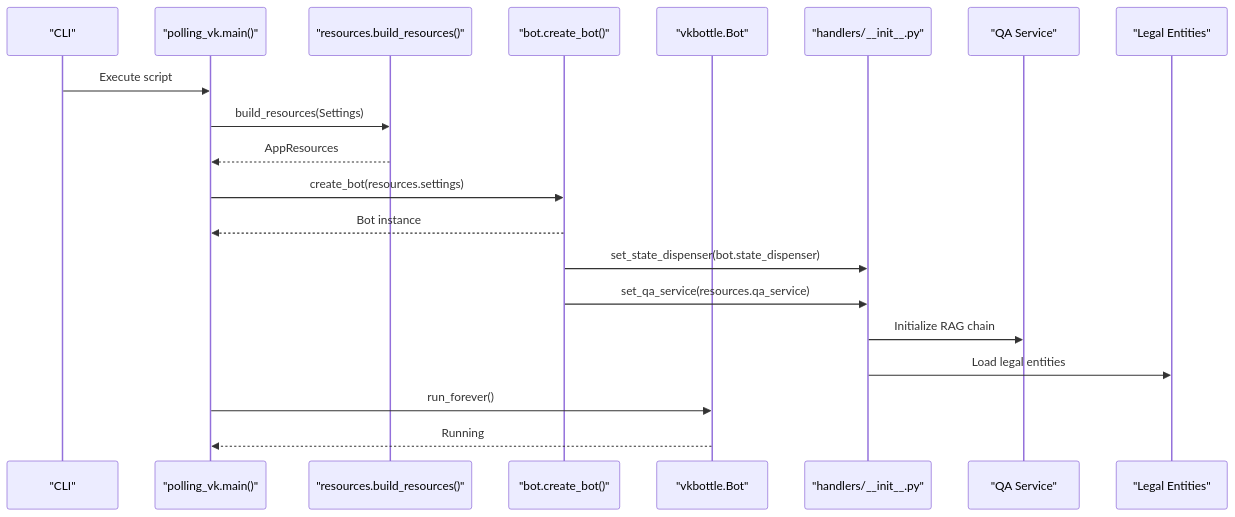
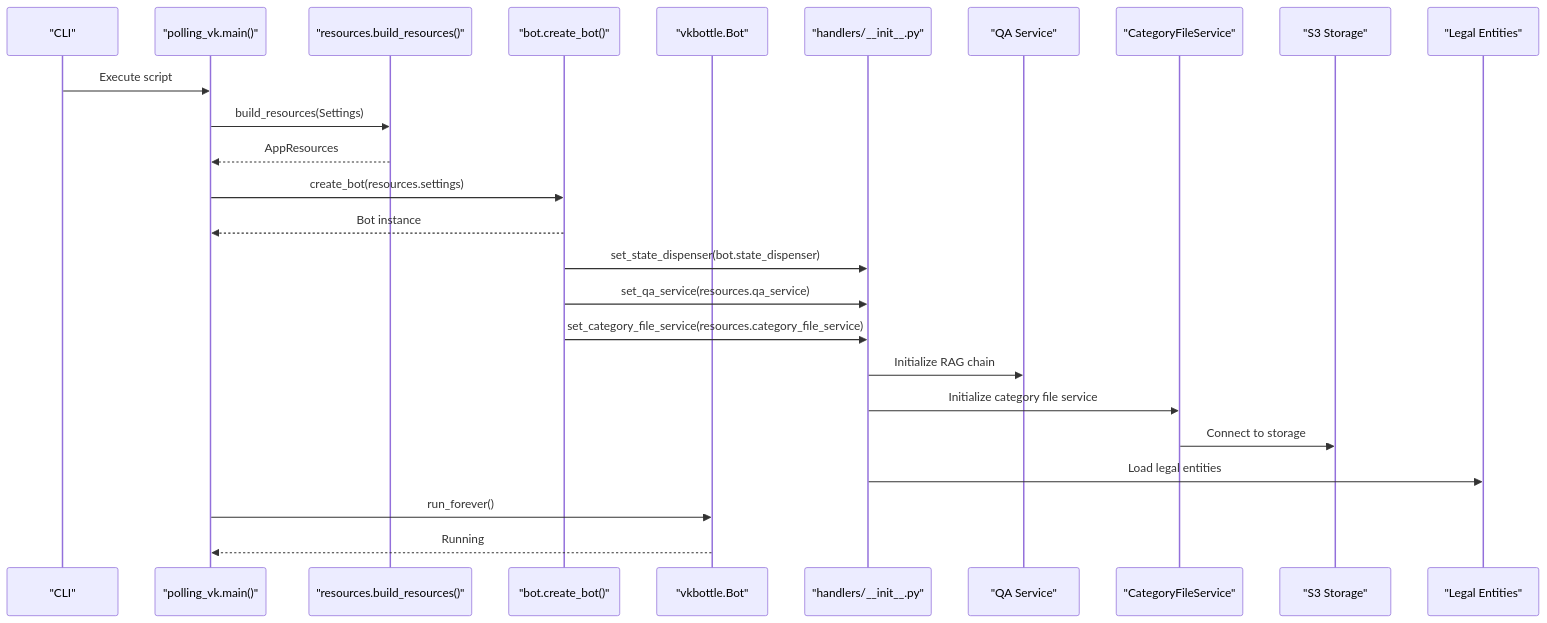
One commit to ognelis/cafetera_hr_bot changed diagram 15 of 18 in .qoder/repowiki/en/content/VK Integration/VK Integration.md. Above: the diagram before and after it, drawn with Mermaid. The commit also changed other lines of this file and 7 other files, not shown here.

Commit message:
CAFETERA-18 Improved fire flow

````diff
--- a/.qoder/repowiki/en/content/VK Integration/VK Integration.md
+++ b/.qoder/repowiki/en/content/VK Integration/VK Integration.md
@@ -742,22 +929,27 @@
 ```mermaid
 sequenceDiagram
 participant CLI as "CLI"
 participant Runner as "polling_vk.main()"
 participant Resources as "resources.build_resources()"
 participant Factory as "bot.create_bot()"
 participant Bot as "vkbottle.Bot"
 participant Utils as "handlers/__init__.py"
 participant QA as "QA Service"
+participant CFService as "CategoryFileService"
+participant S3 as "S3 Storage"
 participant Entities as "Legal Entities"
 CLI->>Runner : Execute script
 Runner->>Resources : build_resources(Settings)
 Resources-->>Runner : AppResources
 Runner->>Factory : create_bot(resources.settings)
 Factory-->>Runner : Bot instance
 Factory->>Utils : set_state_dispenser(bot.state_dispenser)
 Factory->>Utils : set_qa_service(resources.qa_service)
+Factory->>Utils : set_category_file_service(resources.category_file_service)
 Utils->>QA : Initialize RAG chain
+Utils->>CFService : Initialize category file service
+CFService->>S3 : Connect to storage
 Utils->>Entities : Load legal entities
 Runner->>Bot : run_forever()
 Bot-->>Runner : Running
 ```
````
